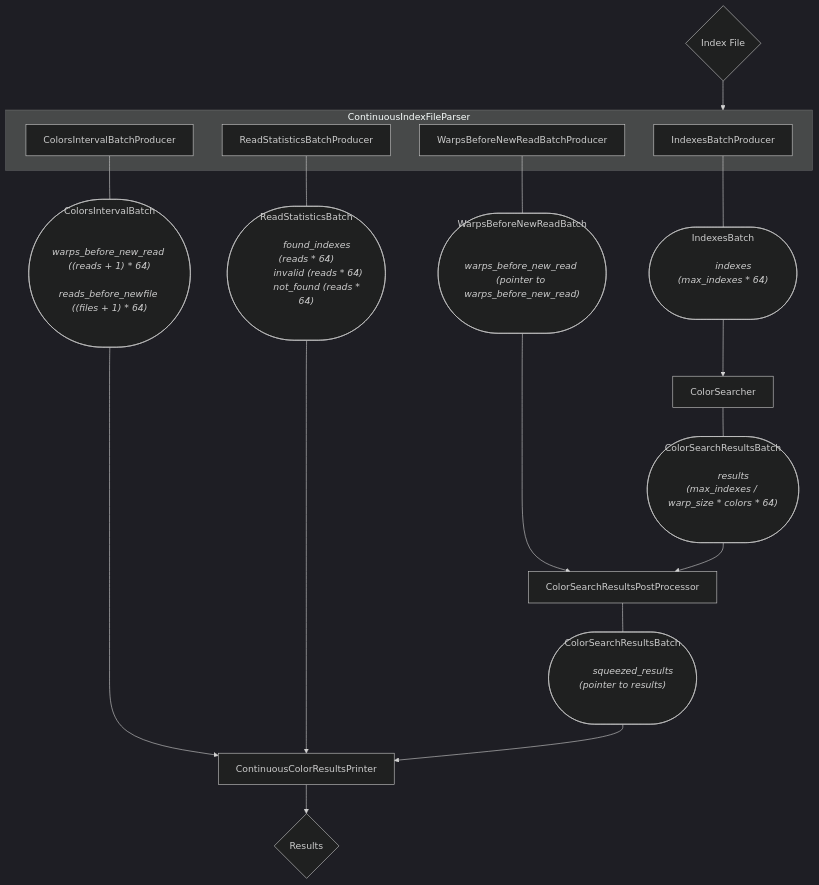
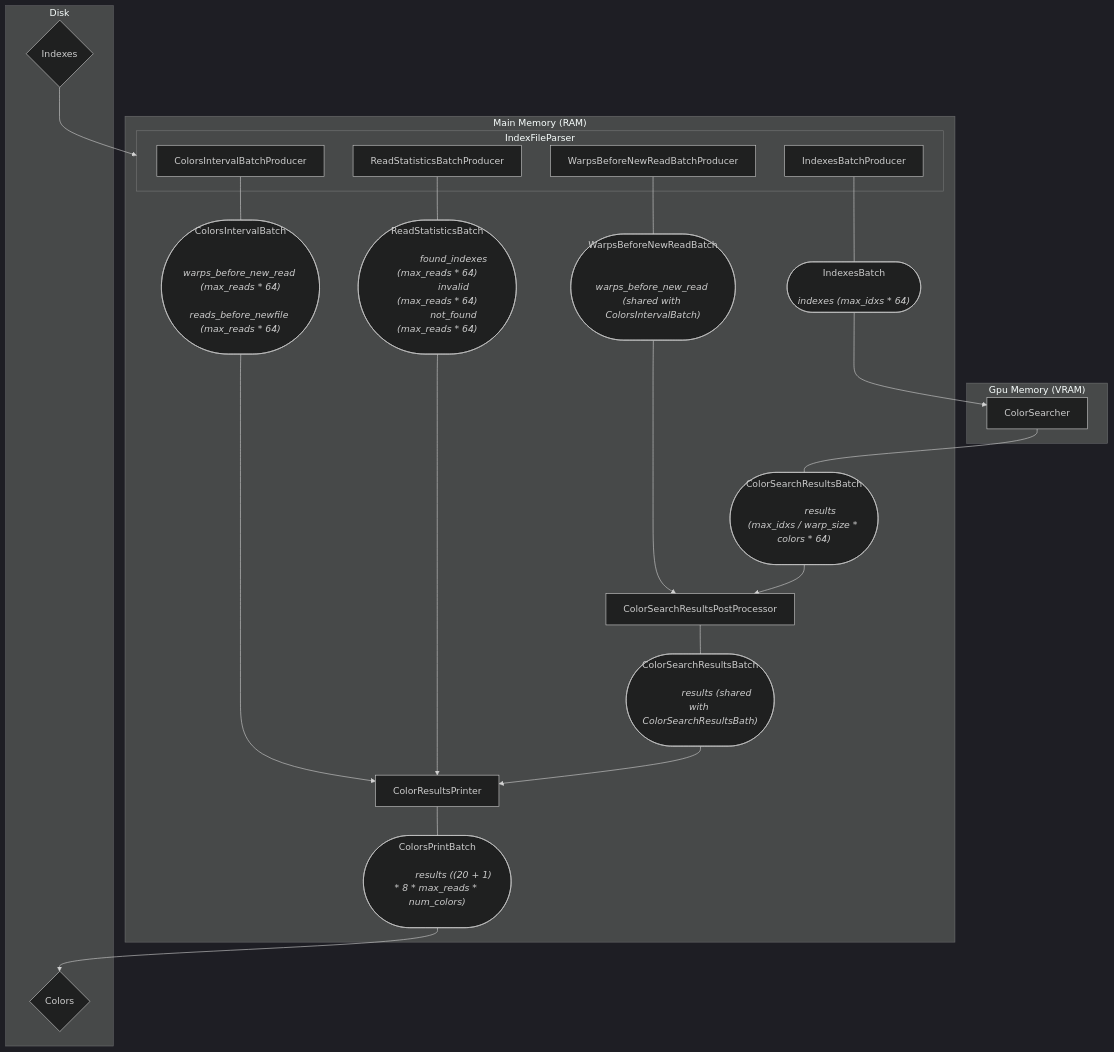
One commit to CowKeyMan/SBWT-Search changed the diagram in documentation/Documents/ProjectDocumentation/graphs/ColorSearchComponentsPipeline.mmd. Above: the diagram before and after it, drawn with Mermaid (dark theme). The commit also changed 1 other file, not shown here.

```diff
--- a/documentation/Documents/ProjectDocumentation/graphs/ColorSearchComponentsPipeline.mmd
+++ b/documentation/Documents/ProjectDocumentation/graphs/ColorSearchComponentsPipeline.mmd
@@ -1,71 +1,86 @@
 flowchart TD
-    IndexesBatch(["
-        IndexesBatch
-        <i>
-        indexes (max_indexes * 64)
+    subgraph "Main Memory (RAM)"
+        IndexesBatch(["
+            IndexesBatch
+            <i>
+            indexes (max_idxs * 64)
+            </i>
+        "])
+        ColorsIntervalBatch(["
+            ColorsIntervalBatch
+            <i>
+            warps_before_new_read (max_reads * 64)
+            reads_before_newfile (max_reads * 64)
+            </i>
+        "])
+        WarpsBeforeNewReadBatch(["
+            WarpsBeforeNewReadBatch
+            <i>
+            warps_before_new_read (shared with ColorsIntervalBatch)
+            </i>
+        "])
+        ReadStatisticsBatch(["
+            ReadStatisticsBatch
+            <i>
+            found_indexes (max_reads * 64)
+            invalid (max_reads * 64)
+            not_found (max_reads * 64)
+            </i>
+        "])
+        ColorSearchResultsBatch(["
+            ColorSearchResultsBatch
+            <i>
+            results (max_idxs / warp_size * colors * 64)
+            </i>
+        "])
+        ColorSearchResultsPostProcessedBatch(["
+            ColorSearchResultsBatch
+            <i>
+            results (shared with ColorSearchResultsBath)
+            </i>
+        "])
+        ColorsPrintBatch(["
+            ColorsPrintBatch
+            <i>
+            results ((20 + 1) * 8 * max_reads * num_colors)
+            </i>
+        "])
+        ColorSearchResultsPostProcessor
+        ColorResultsPrinter
 
-        </i>
-    "])
-    ColorsIntervalBatch(["
-    ColorsIntervalBatch
-        <i>
-        warps_before_new_read ((reads + 1) * 64)
-        reads_before_newfile ((files + 1) * 64)
+        subgraph IndexFileParser
+            IndexesBatchProducer
+            ColorsIntervalBatchProducer
+            WarpsBeforeNewReadBatchProducer
+            ReadStatisticsBatchProducer
+        end
+    end
 
-        </i>
-    "])
-    WarpsBeforeNewReadBatch(["
-        WarpsBeforeNewReadBatch
-        <i>
-        warps_before_new_read (pointer to warps_before_new_read)
+    subgraph "Gpu Memory (VRAM)"
+        ColorSearcher
+    end
 
-        </i>
-    "])
-    ReadStatisticsBatch(["
-        ReadStatisticsBatch
-        <i>
-        found_indexes (reads * 64)
-        invalid (reads * 64)
-        not_found (reads * 64)
+    subgraph Disk
+        Indexes{Indexes}
+        Colors{Colors}
+    end
 
-        </i>
-    "])
-    ColorSearchResultsBatch(["
-        ColorSearchResultsBatch
-        <i>
-        results (max_indexes / warp_size * colors * 64)
-
-        </i>
-    "])
-    ColorSearchResultsPostProcessedBatch(["
-        ColorSearchResultsBatch
-        <i>
-        squeezed_results (pointer to results)
-
-        </i>
-    "])
-
-    IndexFile{Index File}-->ContinuousIndexFileParser
-    subgraph ContinuousIndexFileParser
-        IndexesBatchProducer
-        ColorsIntervalBatchProducer
-        WarpsBeforeNewReadBatchProducer
-        ReadStatisticsBatchProducer
-    end
+    Indexes --> IndexFileParser
 
     IndexesBatchProducer --- IndexesBatch
     ColorsIntervalBatchProducer --- ColorsIntervalBatch
     WarpsBeforeNewReadBatchProducer --- WarpsBeforeNewReadBatch
     ReadStatisticsBatchProducer --- ReadStatisticsBatch
     ColorSearchResultsPostProcessor --- ColorSearchResultsPostProcessedBatch
     ColorSearcher --- ColorSearchResultsBatch
 
-    IndexesBatch-->ColorSearcher
-    ColorsIntervalBatch-->ContinuousColorResultsPrinter
-    WarpsBeforeNewReadBatch-->ColorSearchResultsPostProcessor
-    ColorSearchResultsBatch-->ColorSearchResultsPostProcessor
+    IndexesBatch --> ColorSearcher
+    ColorsIntervalBatch --> ColorResultsPrinter
+    WarpsBeforeNewReadBatch --> ColorSearchResultsPostProcessor
+    ColorSearchResultsBatch --> ColorSearchResultsPostProcessor
 
-    ReadStatisticsBatch-->ContinuousColorResultsPrinter
-    ColorSearchResultsPostProcessedBatch-->ContinuousColorResultsPrinter
+    ReadStatisticsBatch --> ColorResultsPrinter
+    ColorSearchResultsPostProcessedBatch --> ColorResultsPrinter
 
-    ContinuousColorResultsPrinter--> ResultFiles{Results}
+    ColorResultsPrinter --- ColorsPrintBatch
+    ColorsPrintBatch --> Colors
```
